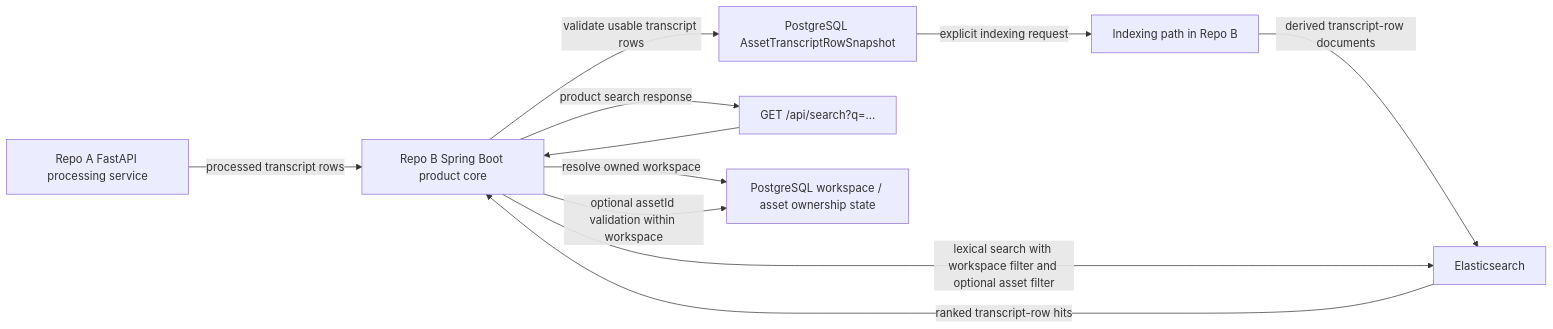
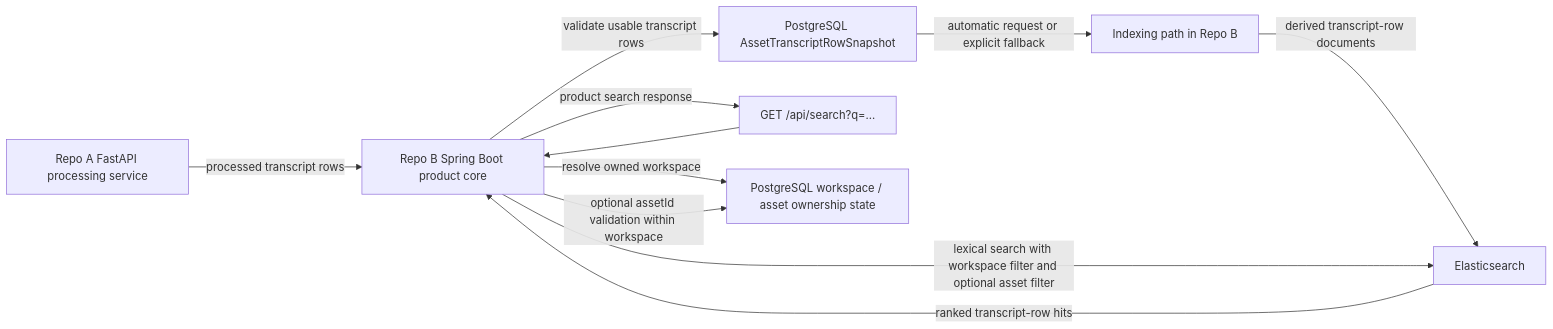
One commit to quangducnguyen1205/ai-knowledge-workspace changed the fourth of 6 diagrams in docs/architecture/05-end-to-end-diagram-pack.md. Above: the diagram before and after it, drawn with Mermaid. The commit also changed other lines of this file and 13 other files, not shown here.

````diff
--- a/docs/architecture/05-end-to-end-diagram-pack.md
+++ b/docs/architecture/05-end-to-end-diagram-pack.md
@@ -164,14 +164,14 @@
 ```mermaid
 flowchart LR
     F["Repo A FastAPI processing service"] -->|processed transcript rows| S["Repo B Spring Boot product core"]
     S -->|validate usable transcript rows| T["PostgreSQL AssetTranscriptRowSnapshot"]
-    T -->|explicit indexing request| I["Indexing path in Repo B"]
+    T -->|automatic request or explicit fallback| I["Indexing path in Repo B"]
     I -->|derived transcript-row documents| E["Elasticsearch"]
 
     Q["GET /api/search?q=..."] --> S
     S -->|resolve owned workspace| P["PostgreSQL workspace / asset ownership state"]
     S -->|optional assetId validation within workspace| P
     S -->|lexical search with workspace filter and optional asset filter| E
     E -->|ranked transcript-row hits| S
     S -->|product search response| Q
 ```
````
